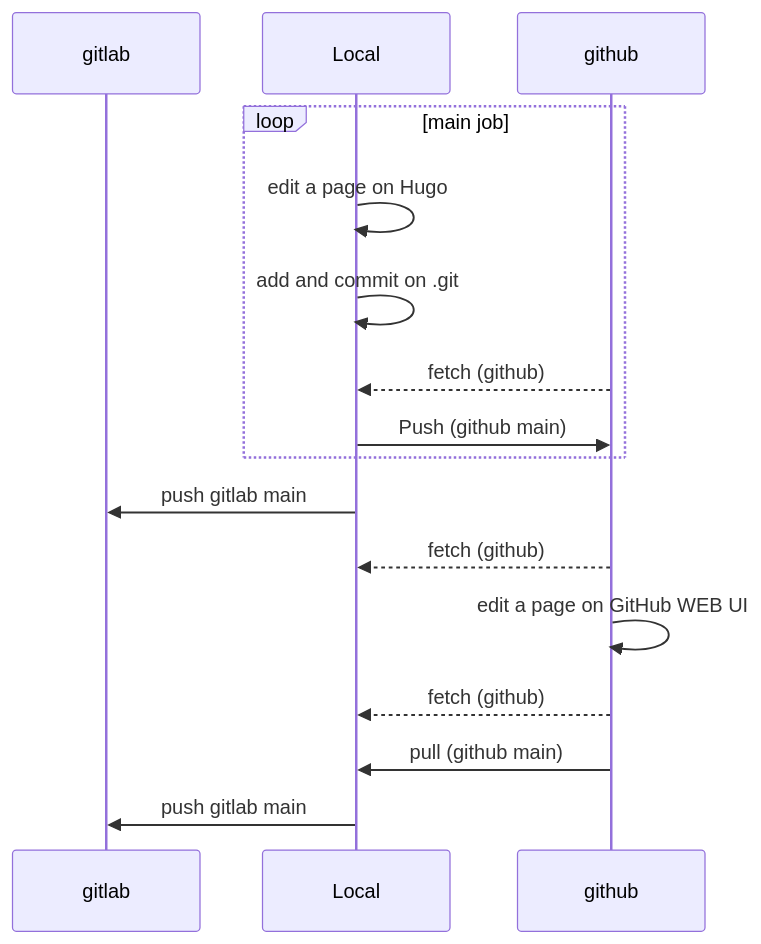
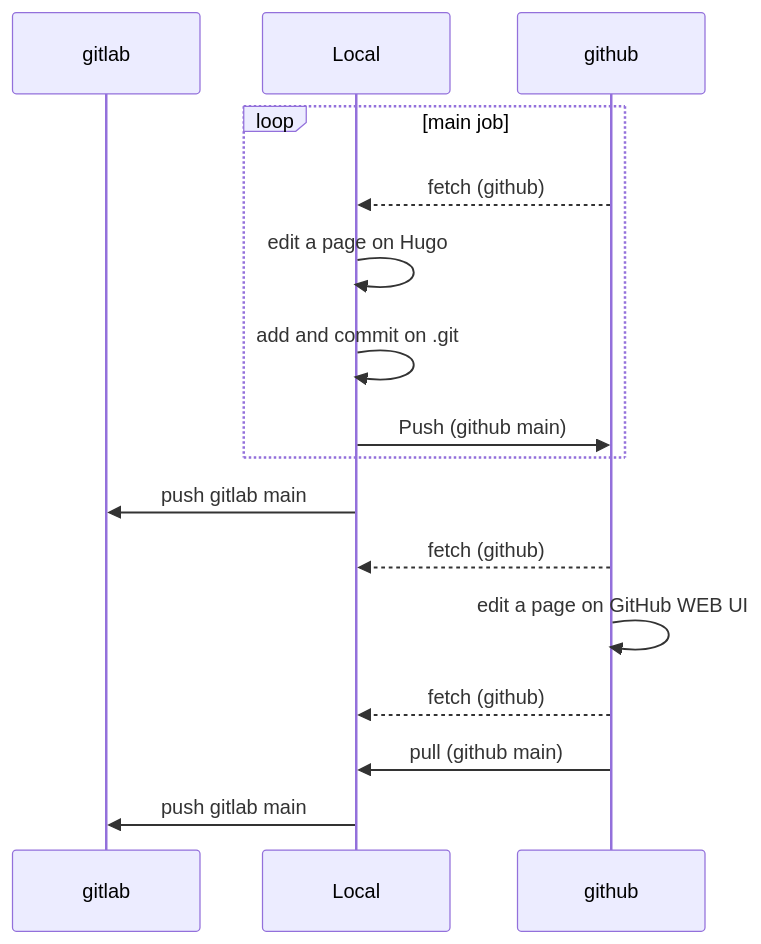
The second of 2 diagrams in Hugo/content/docs/SE/hello/index.md (smjune/smjune.github.io), drawn with Mermaid before and after one commit. The commit also changed other lines of this file and 2 other files, not shown here.

```diff
--- a/Hugo/content/docs/SE/hello/index.md
+++ b/Hugo/content/docs/SE/hello/index.md
@@ -250,21 +275,21 @@
 {{< mermaid >}}
 sequenceDiagram
     participant gitlab
     participant Local 
     participant github
     links gitlab: {"pages": "https://smjune.gitlab.io/"}
     links github: {"Pages": "https:/smjjune.github.io/"}
     loop main job
+        github-->>Local: fetch (github)
         Local->>Local: edit a page on Hugo
         Local->>Local: add and commit on .git
-        github-->>Local: fetch (github)
         Local->>github: Push (github main)
     end
     Local->>gitlab: push gitlab main
     github-->>Local: fetch (github)
     github->>github: edit a page on GitHub WEB UI
     github-->>Local: fetch (github)
     github->>Local: pull (github main)
     Local->>gitlab: push gitlab main
 
 {{< /mermaid >}}
```
